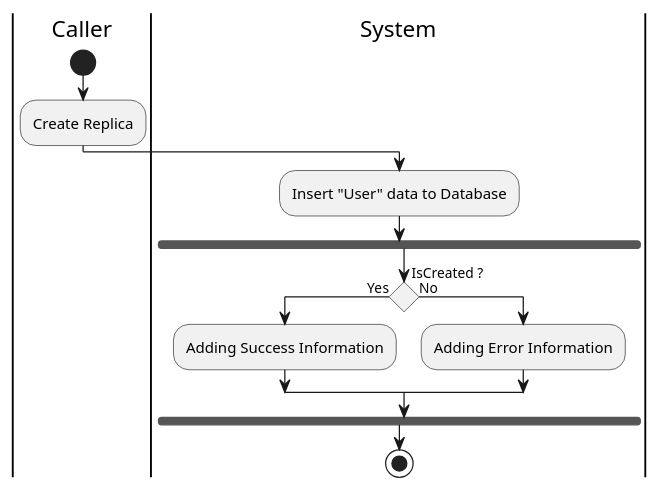
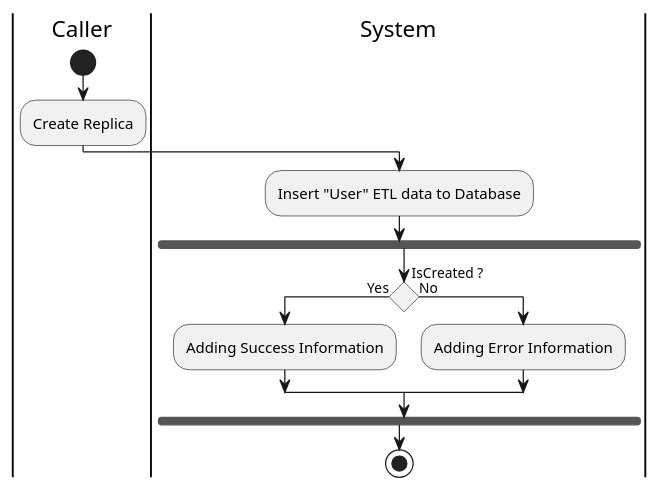
The diagram in Activity/Release02/CreateUserETL.wsd (fwidjaya20/fazzlearning-uml), drawn with PlantUML before and after one commit. The commit also changed 3 other files, not shown here.

Commit message:
activity: adding ETL label for replica user and transaction

```diff
--- a/Activity/Release02/CreateUserETL.wsd
+++ b/Activity/Release02/CreateUserETL.wsd
@@ -1,23 +1,23 @@
 @startuml CreateUserETL
 
 skinparam ConditionEndStyle hline
 skinparam conditionStyle diamond
 skinparam Monochrome true
 skinparam Shadowing false
 |Caller|
 start
 :Create Replica;
 
 |System|
-:Insert "User" data to Database;
+:Insert "User" ETL data to Database;
 
 fork
     if (IsCreated ?) then (Yes)
         :Adding Success Information;
     else (No)
         :Adding Error Information;
     endif
 endfork
 
 stop
 @enduml
```
